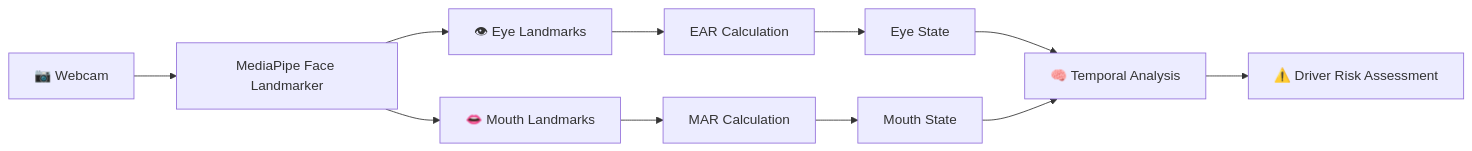
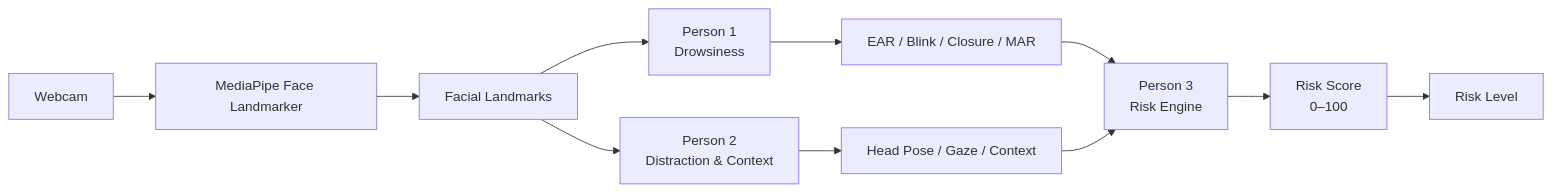
One commit to jaagritimandal/driverdrowsiness changed the second of 4 diagrams in README.md. Above: the diagram before and after it, drawn with Mermaid. The commit also changed other lines of this file, not shown here.

````diff
--- a/README.md
+++ b/README.md
@@ -191,18 +142,25 @@
 ```mermaid
 flowchart LR
-    A[📷 Webcam] --> B[MediaPipe Face Landmarker]
 
-    B --> C[👁 Eye Landmarks]
-    B --> D[👄 Mouth Landmarks]
+    A[Webcam]
 
-    C --> E[EAR Calculation]
-    D --> F[MAR Calculation]
+    A --> B[MediaPipe Face Landmarker]
 
-    E --> G[Eye State]
-    F --> H[Mouth State]
+    B --> C[Facial Landmarks]
 
-    G --> I[🧠 Temporal Analysis]
-    H --> I
+    C --> D[Person 1<br/>Drowsiness]
 
-    I --> J[⚠️ Driver Risk Assessment]
+    C --> E[Person 2<br/>Distraction & Context]
+
+    D --> F[EAR / Blink / Closure / MAR]
+
+    E --> G[Head Pose / Gaze / Context]
+
+    F --> H[Person 3<br/>Risk Engine]
+
+    G --> H
+
+    H --> I[Risk Score<br/>0–100]
+
+    I --> J[Risk Level]
 ```
````
